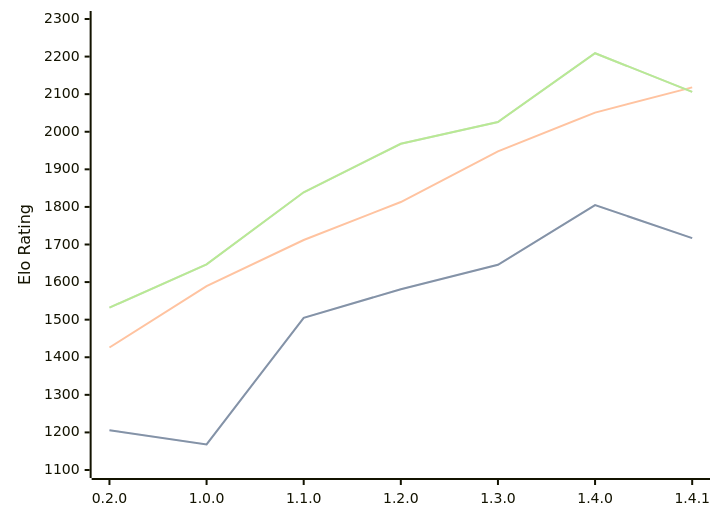
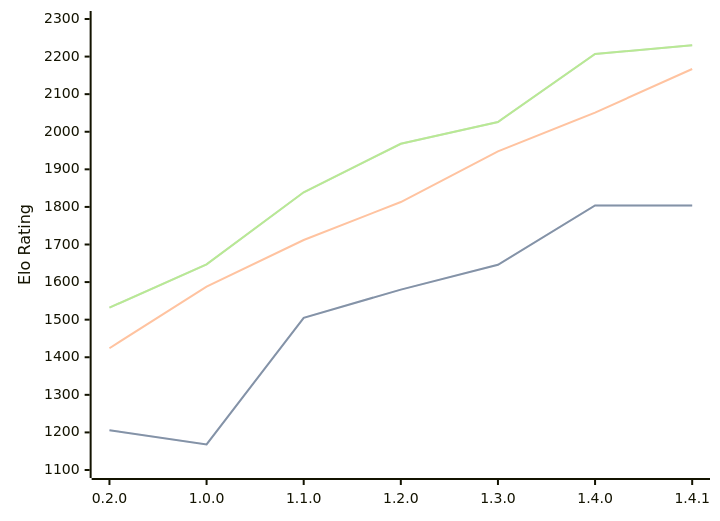
One commit to computer-chess-index/cci changed the diagram in engines/Zeppelin.md. Above: the diagram before and after it, drawn with Mermaid. The commit also changed other lines of this file, not shown here.

Commit message:
Update CCI Ratings (ELO VLTC) - 2026-03-17

````diff
--- a/engines/Zeppelin.md
+++ b/engines/Zeppelin.md
@@ -37,11 +37,11 @@
 ```mermaid
 %%{init: {"theme":"base","themeVariables":{"seriesColors:['#a3a3a3','#222221','#faa371']}}}%%
 xychart-beta
   x-axis ["0.2.0", "1.0.0", "1.1.0", "1.2.0", "1.3.0", "1.4.0", "1.4.1"]
   y-axis "Elo Rating" 1100 --> 2300
-  line "STC (8.0+0.08s)" [1206, 1168, 1505, 1581, 1646, 1805, 1717]
-  line "STC (8.0+0.08s)" [1206, 1168, 1505, 1581, 1646, 1805, 1717]
-  line "LTC (60.0+0.60s)" [1426, 1589, 1712, 1813, 1948, 2051, 2118]
-  line "VLTC (2m24s+1.12s)" [1532, 1647, 1839, 1968, 2026, 2209, 2106]
-  line "VLTC (2m24s+1.12s)" [1532, 1647, 1839, 1968, 2026, 2209, 2106]
+  line "STC (8.0+0.08s)" [1206, 1168, 1505, 1580, 1646, 1804, 1804]
+  line "STC (8.0+0.08s)" [1206, 1168, 1505, 1580, 1646, 1804, 1804]
+  line "LTC (60.0+0.60s)" [1424, 1588, 1712, 1813, 1948, 2051, 2167]
+  line "VLTC (2m24s+1.12s)" [1532, 1647, 1839, 1968, 2026, 2207, 2230]
+  line "VLTC (2m24s+1.12s)" [1532, 1647, 1839, 1968, 2026, 2207, 2230]
 ```
````
